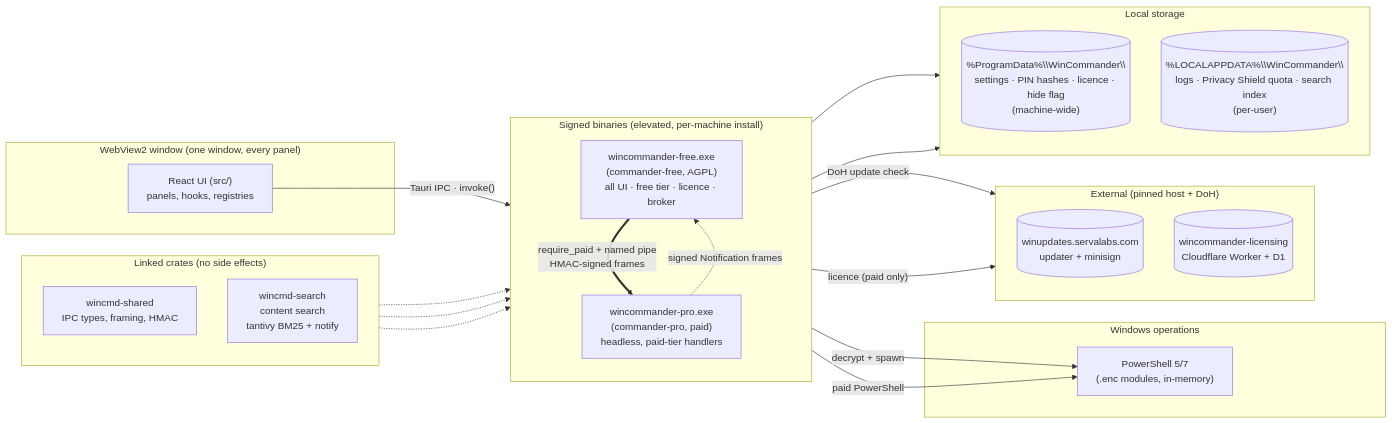
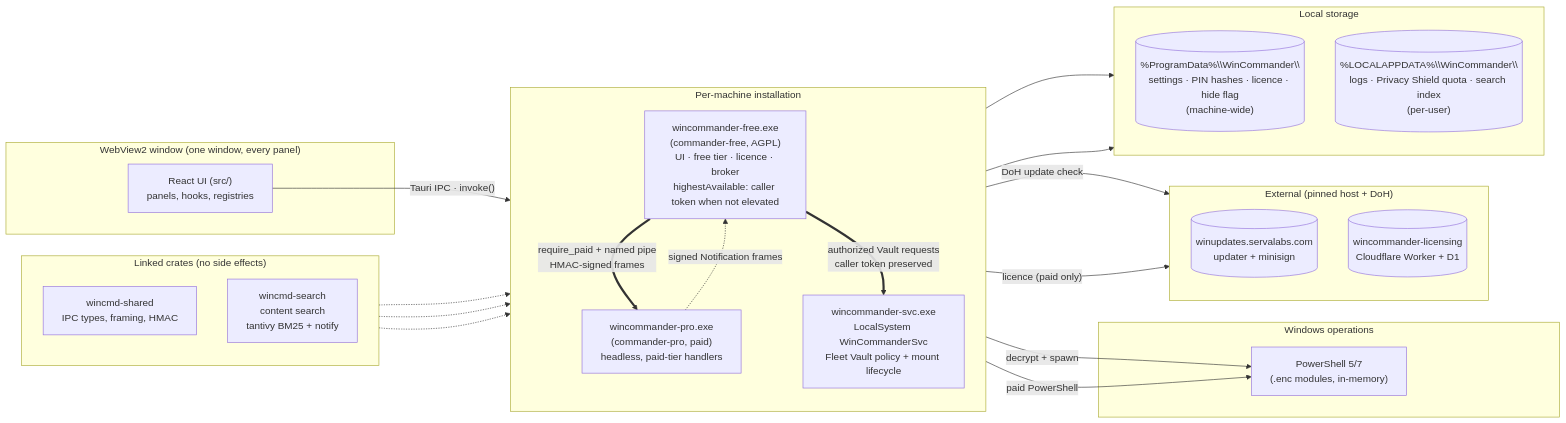
Before and after one commit to servalabs/wincommander: the first of 3 diagrams in ARCHITECTURE.md, drawn with Mermaid. The commit also changed other lines of this file and 37 other files, not shown here.

Commit message:
feat(vault): wire secure multi-user mount service

````diff
--- a/ARCHITECTURE.md
+++ b/ARCHITECTURE.md
@@ -11,47 +11,49 @@
 ```mermaid
 flowchart LR
   subgraph window["WebView2 window (one window, every panel)"]
     UI["React UI (src/)<br/>panels, hooks, registries"]
   end
 
-  subgraph binaries["Signed binaries (elevated, per-machine install)"]
+  subgraph binaries["Per-machine installation"]
     direction TB
-    FREE["wincommander-free.exe<br/>(commander-free, AGPL)<br/>all UI · free tier · licence · broker"]
+    FREE["wincommander-free.exe<br/>(commander-free, AGPL)<br/>UI · free tier · licence · broker<br/>highestAvailable: caller token when not elevated"]
     PRO["wincommander-pro.exe<br/>(commander-pro, paid)<br/>headless, paid-tier handlers"]
+    SVC["wincommander-svc.exe<br/>LocalSystem WinCommanderSvc<br/>Fleet Vault policy + mount lifecycle"]
   end
 
   subgraph crates["Linked crates (no side effects)"]
     direction TB
     SHARED["wincmd-shared<br/>IPC types, framing, HMAC"]
     SEARCH["wincmd-search<br/>content search<br/>tantivy BM25 + notify"]
   end
 
   subgraph ops["Windows operations"]
     PS["PowerShell 5/7<br/>(.enc modules, in-memory)"]
   end
 
   subgraph endpoints["External (pinned host + DoH)"]
     direction TB
     UPD[("winupdates.servalabs.com<br/>updater + minisign")]
     LIC[("wincommander-licensing<br/>Cloudflare Worker + D1")]
   end
 
   subgraph storage["Local storage"]
     direction TB
     STORE[("%ProgramData%\\WinCommander\\<br/>settings · PIN hashes · licence · hide flag<br/>(machine-wide)")]
     USTORE[("%LOCALAPPDATA%\\WinCommander\\<br/>logs · Privacy Shield quota · search index<br/>(per-user)")]
   end
 
   UI -- "Tauri IPC · invoke()" --> FREE
   FREE -- "decrypt + spawn" --> PS
   FREE == "require_paid + named pipe<br/>HMAC-signed frames" ==> PRO
+  FREE == "authorized Vault requests<br/>caller token preserved" ==> SVC
   PRO -- "paid PowerShell" --> PS
   PRO -. "signed Notification frames" .-> FREE
   FREE -- "DoH update check" --> UPD
   FREE -- "licence (paid only)" --> LIC
   FREE --> STORE
   FREE --> USTORE
   SHARED -.-> FREE
   SHARED -.-> PRO
   SEARCH -.-> FREE
 ```
````
